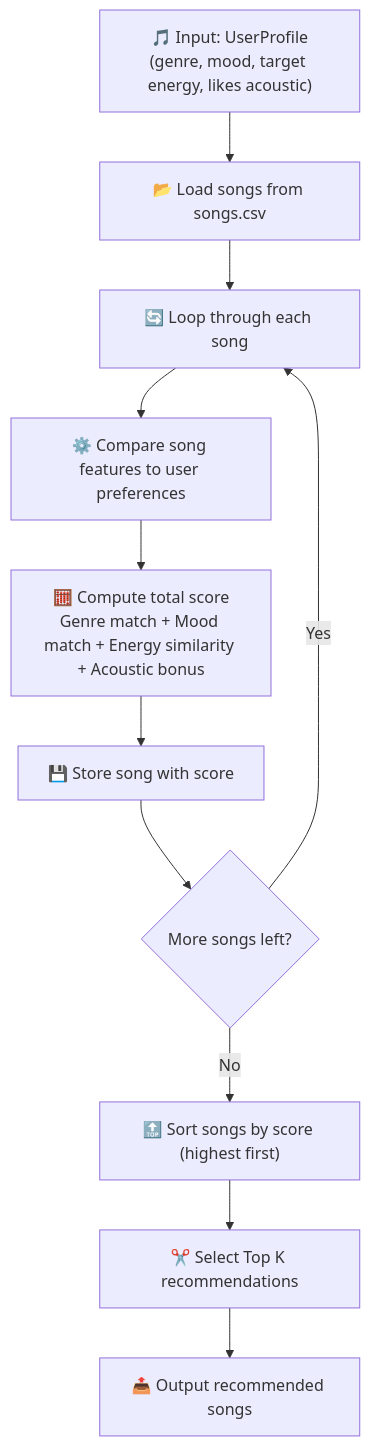
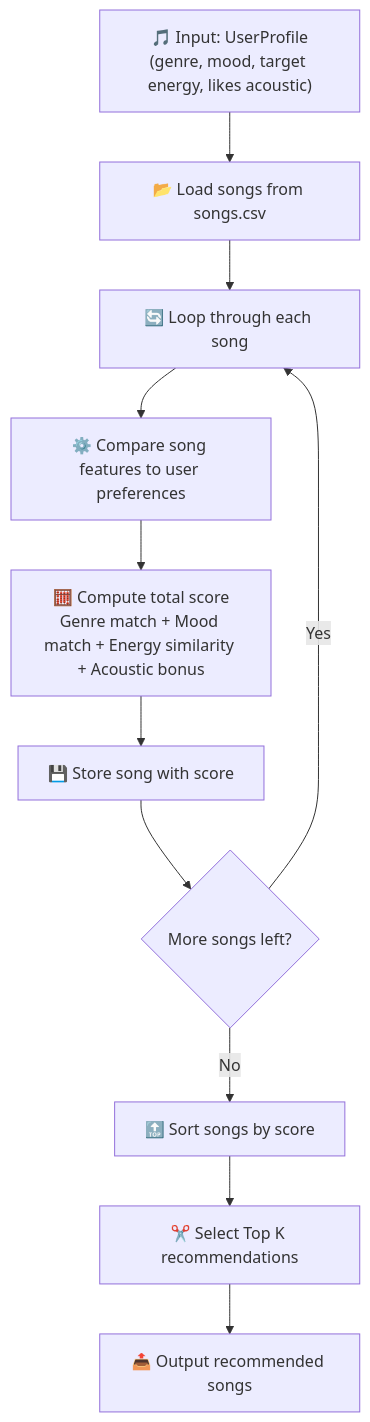
One commit to hsuanlee213/applied-ai-music-recommender changed the first of 2 diagrams in README.md. Above: the diagram before and after it, drawn with Mermaid. The commit also changed other lines of this file and 5 other files, not shown here.

````diff
--- a/README.md
+++ b/README.md
@@ -56,13 +53,13 @@
 ```mermaid
 graph TD
     A["🎵 Input: UserProfile<br/>(genre, mood, target energy, likes acoustic)"] --> B["📂 Load songs from songs.csv"]
     B --> C["🔄 Loop through each song"]
     C --> D["⚙️ Compare song features to user preferences"]
     D --> E["🧮 Compute total score<br/>Genre match + Mood match + Energy similarity + Acoustic bonus"]
     E --> F["💾 Store song with score"]
     F --> G{"More songs left?"}
     G -->|Yes| C
-    G -->|No| H["🔝 Sort songs by score (highest first)"]
+    G -->|No| H["🔝 Sort songs by score"]
     H --> I["✂️ Select Top K recommendations"]
     I --> J["📤 Output recommended songs"]
 ```
````
